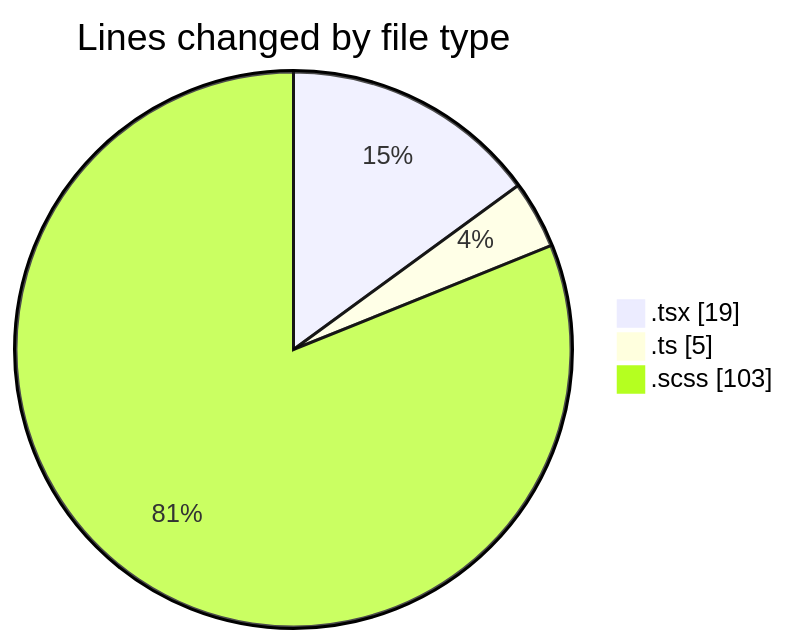
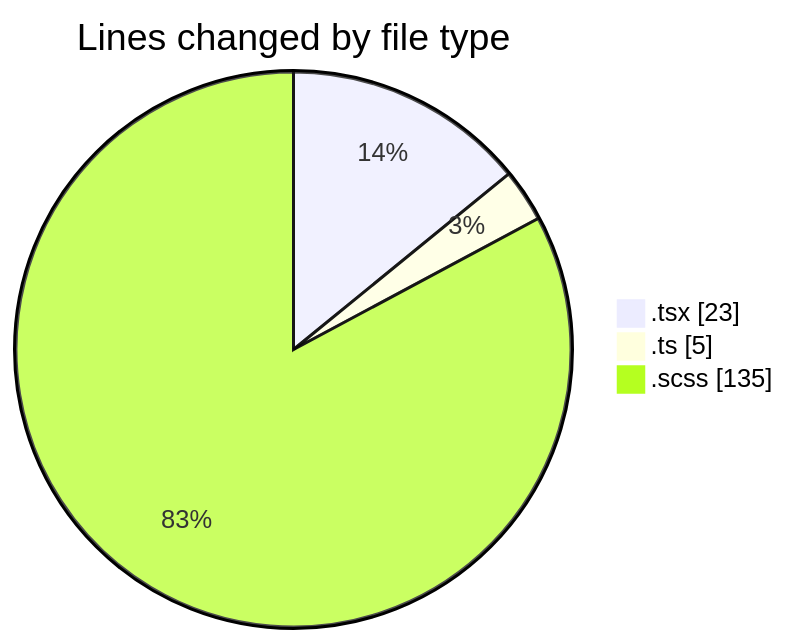
One commit to momahboobian/code-tracking changed the first of 2 diagrams in 2025-02-28/cda/README.md. Above: the diagram before and after it, drawn with Mermaid. The commit also changed other lines of this file and 1 other file, not shown here.

````diff
--- a/2025-02-28/cda/README.md
+++ b/2025-02-28/cda/README.md
@@ -23,7 +24,7 @@
 ```mermaid
 pie showData
 title Lines changed by file type
-".tsx" : 19
+".tsx" : 23
 ".ts" : 5
-".scss" : 103
+".scss" : 135
 ```
````
